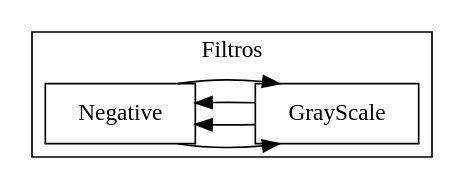
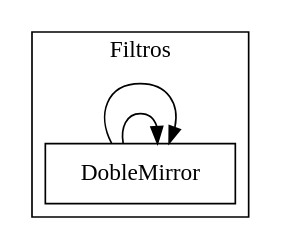
The diagram in Proyecto1/ListaCircular.dot (Eduardo01004/EDD_2S2019_PY1_201612124), drawn with Graphviz before and after one commit. The commit also changed 33 other files, not shown here.

```diff
--- a/Proyecto1/ListaCircular.dot
+++ b/Proyecto1/ListaCircular.dot
@@ -1,12 +1,9 @@
 digraph G {rankdir=LR;
 
  
  subgraph cluster3{label="Filtros";
-9023176[shape=box,label=" Negative "];
-9023176 -> 9023344 ;
-9023344->9023176 ;
-9023344[shape=box,label=" GrayScale "];
-9023344 -> 9023176 ;
-9023176->9023344 ;
+1289928[shape=box,label=" DobleMirror "];
+1289928 -> 1289928 ;
+1289928->1289928 ;
 }
 }
```
